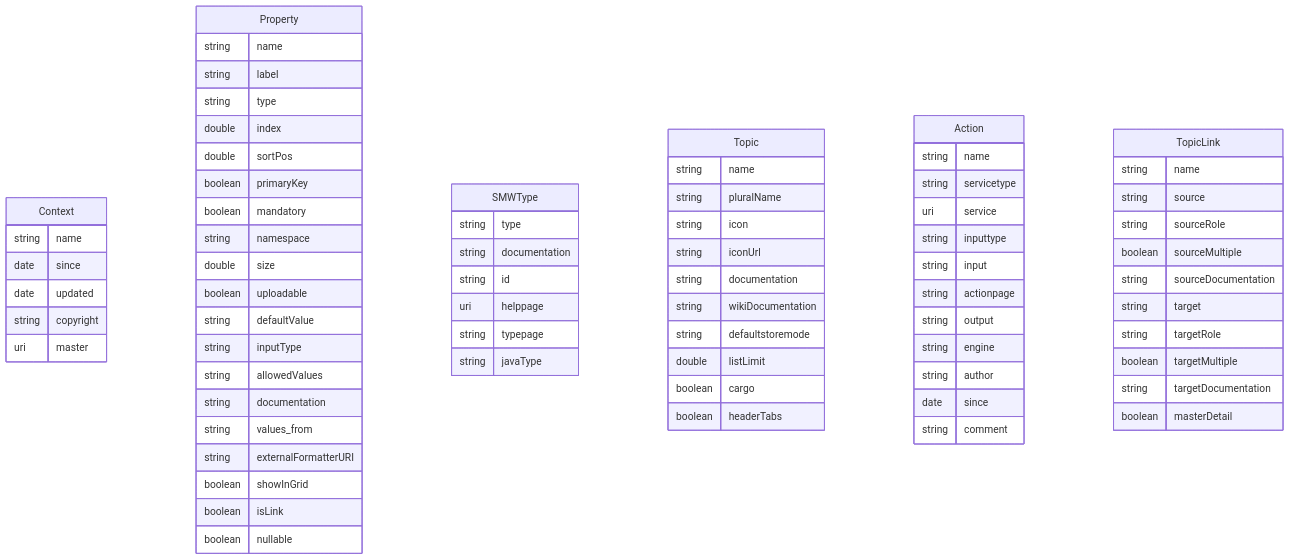
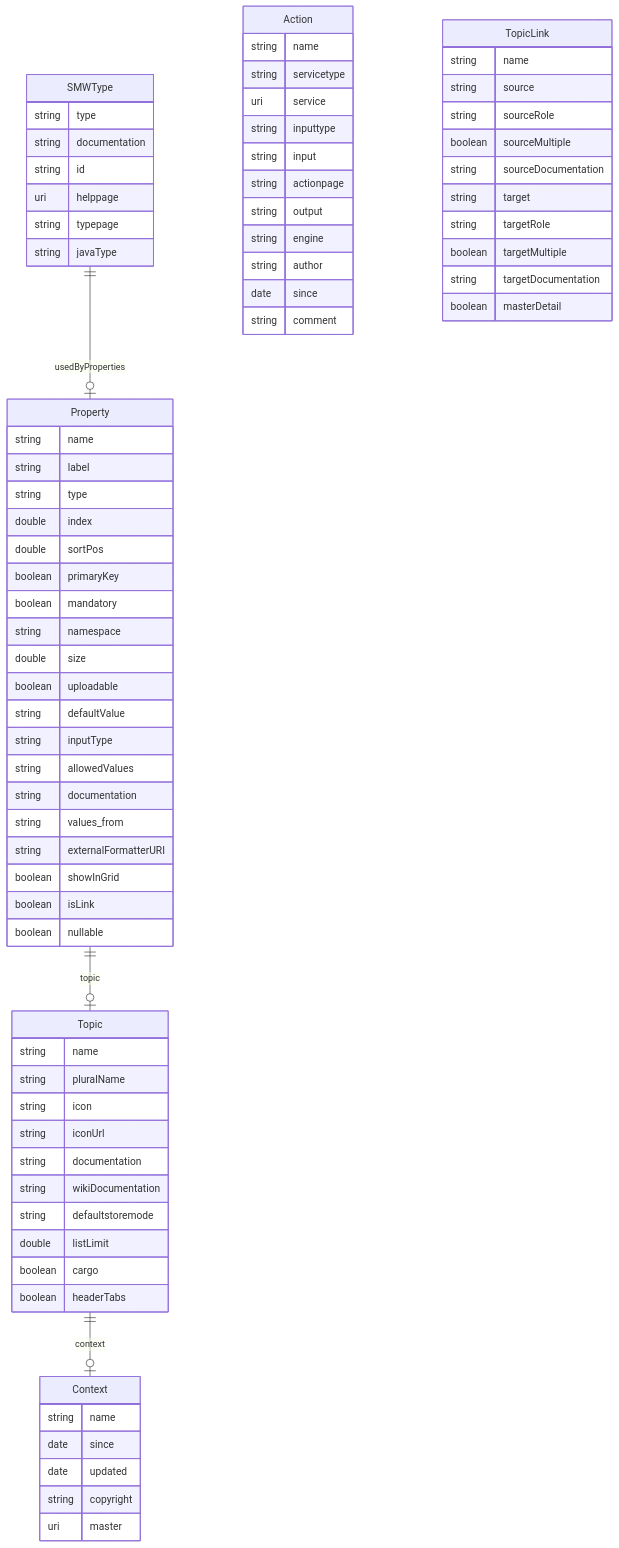
Before and after one commit to WolfgangFahl/pyMetaModel: the diagram in examples/metamodel/metamodel.mermaid, drawn with Mermaid. The commit also changed 21 other files, not shown here.

````diff
--- a/examples/metamodel/metamodel.mermaid
+++ b/examples/metamodel/metamodel.mermaid
@@ -1,79 +1,81 @@
 ```mermaid
 erDiagram
 Context {
     string name  
     date since  
     date updated  
     string copyright  
     uri master  
 }
 Property {
     string name  
     string label  
     string type  
     double index  
     double sortPos  
     boolean primaryKey  
     boolean mandatory  
     string namespace  
     double size  
     boolean uploadable  
     string defaultValue  
     string inputType  
     string allowedValues  
     string documentation  
     string values_from  
     string externalFormatterURI  
     boolean showInGrid  
     boolean isLink  
     boolean nullable  
 }
 SMWType {
     string type  
     string documentation  
     string id  
     uri helppage  
     string typepage  
     string javaType  
 }
 Topic {
     string name  
     string pluralName  
     string icon  
     string iconUrl  
     string documentation  
     string wikiDocumentation  
     string defaultstoremode  
     double listLimit  
     boolean cargo  
     boolean headerTabs  
 }
 Action {
     string name  
     string servicetype  
     uri service  
     string inputtype  
     string input  
     string actionpage  
     string output  
     string engine  
     string author  
     date since  
     string comment  
 }
 TopicLink {
     string name  
     string source  
     string sourceRole  
     boolean sourceMultiple  
     string sourceDocumentation  
     string target  
     string targetRole  
     boolean targetMultiple  
     string targetDocumentation  
     boolean masterDetail  
 }
 
-
+Property ||--|o Topic : "topic"
+SMWType ||--|o Property : "usedByProperties"
+Topic ||--|o Context : "context"
 
 ```
````
